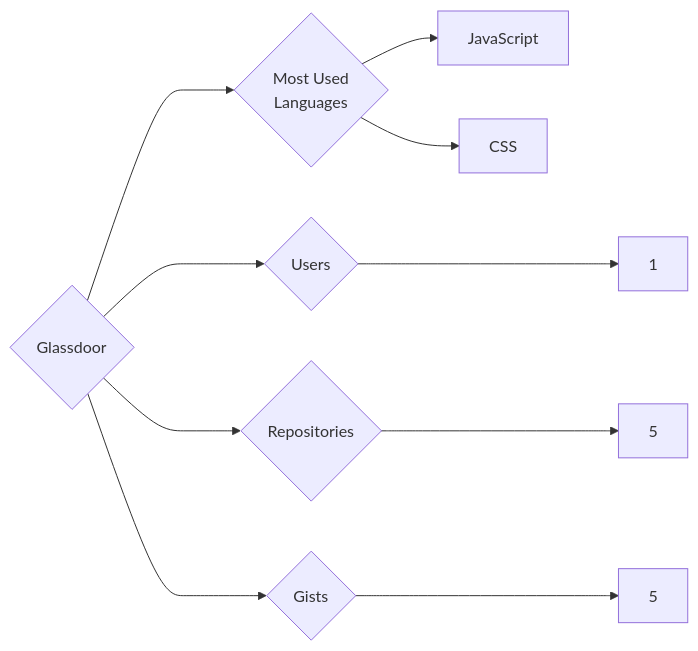
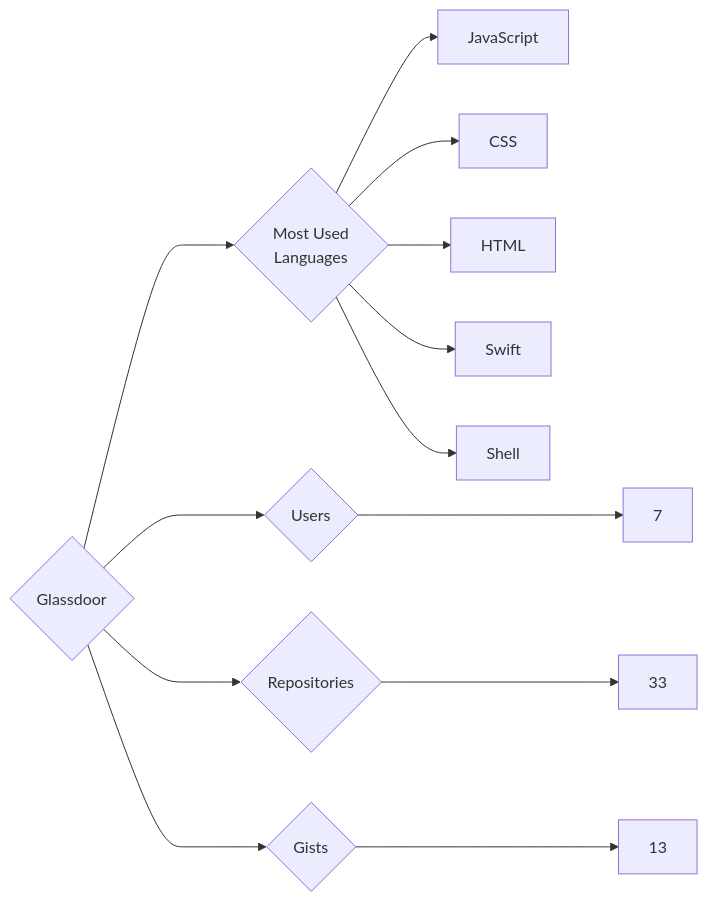
Before and after one commit to trickest/insiders: the diagram in targets/Glassdoor/README.md, drawn with Mermaid. The commit also changed 721 other files, not shown here.

````diff
--- a/targets/Glassdoor/README.md
+++ b/targets/Glassdoor/README.md
@@ -3,10 +3,13 @@
 ```mermaid
 graph LR
 COMPANY_NAME{Glassdoor}
-COMPANY_NAME ---> U{Users} ---> UN[1]
-COMPANY_NAME ---> R{Repositories} ---> RN[5]
-COMPANY_NAME ---> G{Gists} ---> GN[5]
+COMPANY_NAME ---> U{Users} ---> UN[7]
+COMPANY_NAME ---> R{Repositories} ---> RN[33]
+COMPANY_NAME ---> G{Gists} ---> GN[13]
 COMPANY_NAME ---> ML{Most Used<br>Languages}
 ML --> JavaScript[JavaScript]
 ML --> CSS[CSS]
+ML --> HTML[HTML]
+ML --> Swift[Swift]
+ML --> Shell[Shell]
 ```
````
